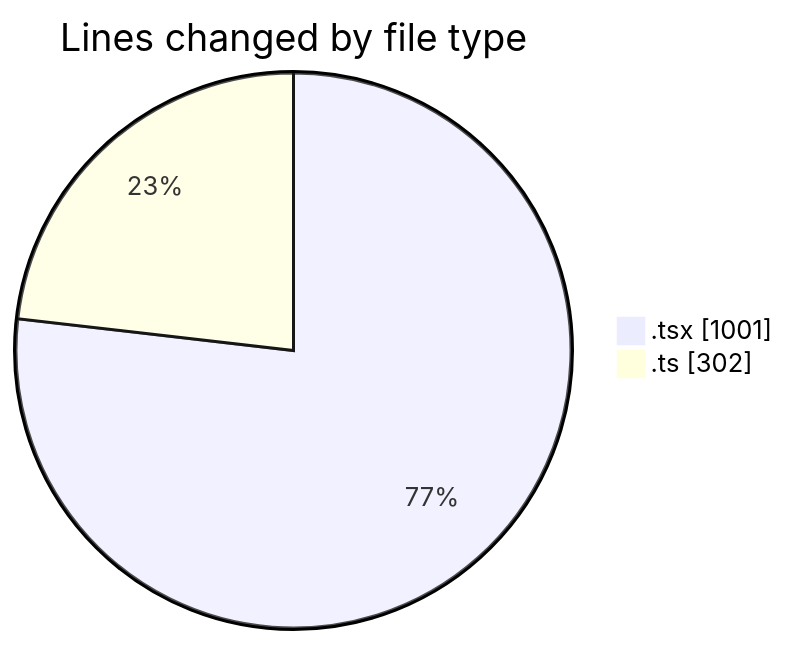
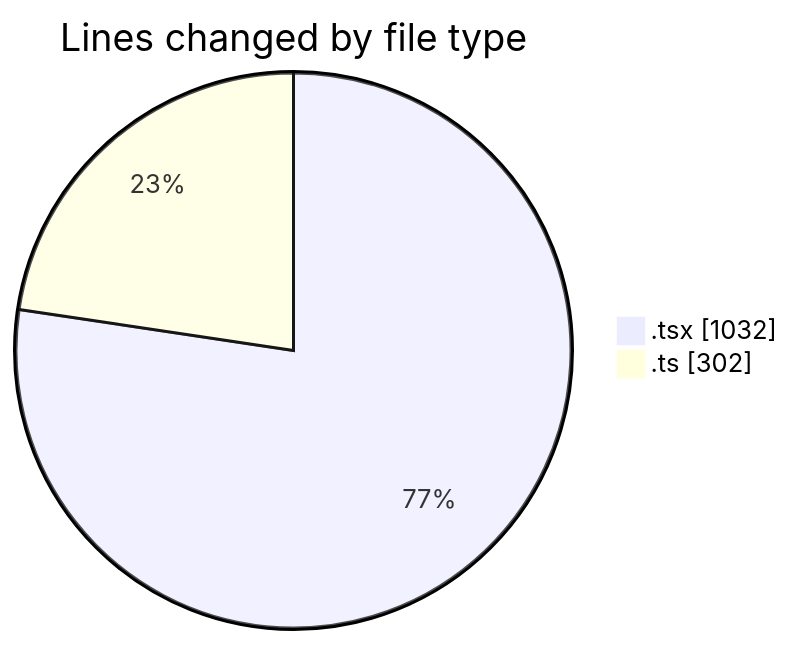
Before and after one commit to nxtqubesakshisongat/code-tracking: the first of 2 diagrams in 2026-04-19/airfeed-analytics-dashboard/README.md, drawn with Mermaid. The commit also changed other lines of this file and 1 other file, not shown here.

````diff
--- a/2026-04-19/airfeed-analytics-dashboard/README.md
+++ b/2026-04-19/airfeed-analytics-dashboard/README.md
@@ -27,6 +27,6 @@
 ```mermaid
 pie showData
 title Lines changed by file type
-".tsx" : 1001
+".tsx" : 1032
 ".ts" : 302
 ```
````
